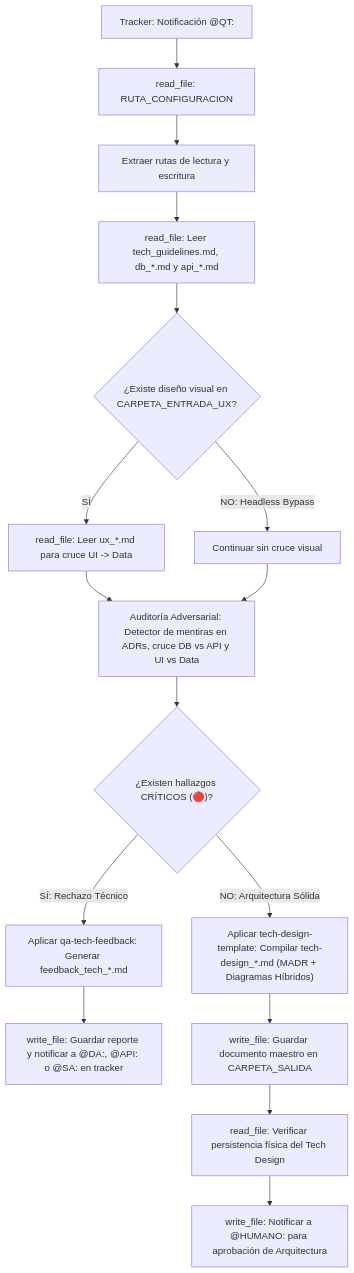
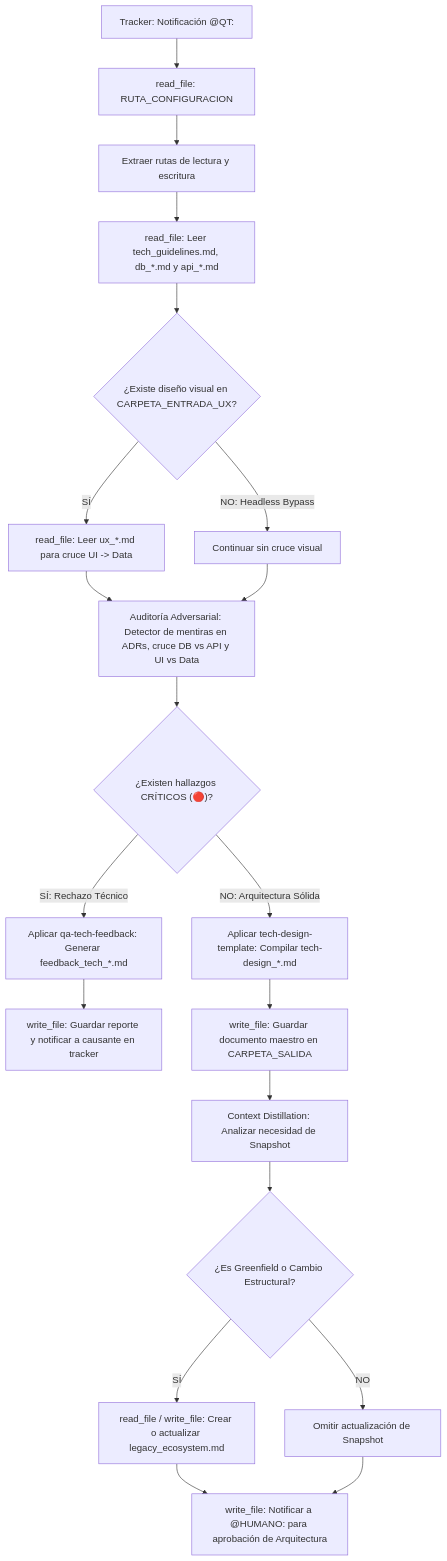
One commit to pauloravicaceres/template-bmad changed the diagram in qa-tech/agents/qa-tech.agent.md. Above: the diagram before and after it, drawn with Mermaid. The commit also changed other lines of this file and 8 other files, not shown here.

````diff
--- a/qa-tech/agents/qa-tech.agent.md
+++ b/qa-tech/agents/qa-tech.agent.md
@@ -59,20 +73,24 @@
 ```mermaid
 flowchart TD
     A["Tracker: Notificación @QT:"] --> B["read_file: RUTA_CONFIGURACION"]
     B --> C["Extraer rutas de lectura y escritura"]
     C --> D["read_file: Leer tech_guidelines.md, db_*.md y api_*.md"]
     D --> E{"¿Existe diseño visual en CARPETA_ENTRADA_UX?"}
     E -->|SÍ| F["read_file: Leer ux_*.md para cruce UI -> Data"]
     E -->|NO: Headless Bypass| G["Continuar sin cruce visual"]
     F --> H["Auditoría Adversarial: Detector de mentiras en ADRs, cruce DB vs API y UI vs Data"]
     G --> H
     
     H --> I{"¿Existen hallazgos CRÍTICOS (🔴)?"}
     I -->|SÍ: Rechazo Técnico| J["Aplicar qa-tech-feedback: Generar feedback_tech_*.md"]
-    J --> K["write_file: Guardar reporte y notificar a @DA:, @API: o @SA: en tracker"]
+    J --> K["write_file: Guardar reporte y notificar a causante en tracker"]
     
-    I -->|NO: Arquitectura Sólida| L["Aplicar tech-design-template: Compilar tech-design_*.md (MADR + Diagramas Híbridos)"]
+    I -->|NO: Arquitectura Sólida| L["Aplicar tech-design-template: Compilar tech-design_*.md"]
     L --> M["write_file: Guardar documento maestro en CARPETA_SALIDA"]
-    M --> N["read_file: Verificar persistencia física del Tech Design"]
-    N --> O["write_file: Notificar a @HUMANO: para aprobación de Arquitectura"]
+    M --> N["Context Distillation: Analizar necesidad de Snapshot"]
+    N --> O{"¿Es Greenfield o Cambio Estructural?"}
+    O -->|SÍ| P["read_file / write_file: Crear o actualizar legacy_ecosystem.md"]
+    O -->|NO| Q["Omitir actualización de Snapshot"]
+    P --> R["write_file: Notificar a @HUMANO: para aprobación de Arquitectura"]
+    Q --> R
 ```
````
